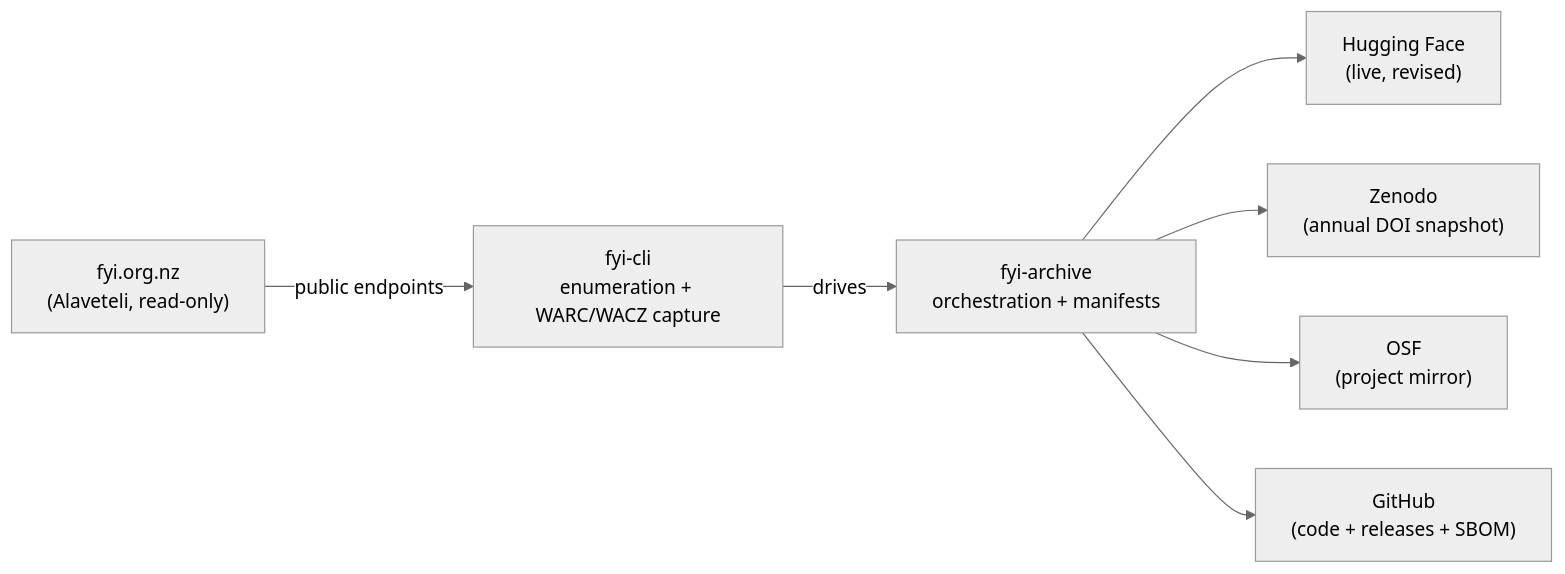
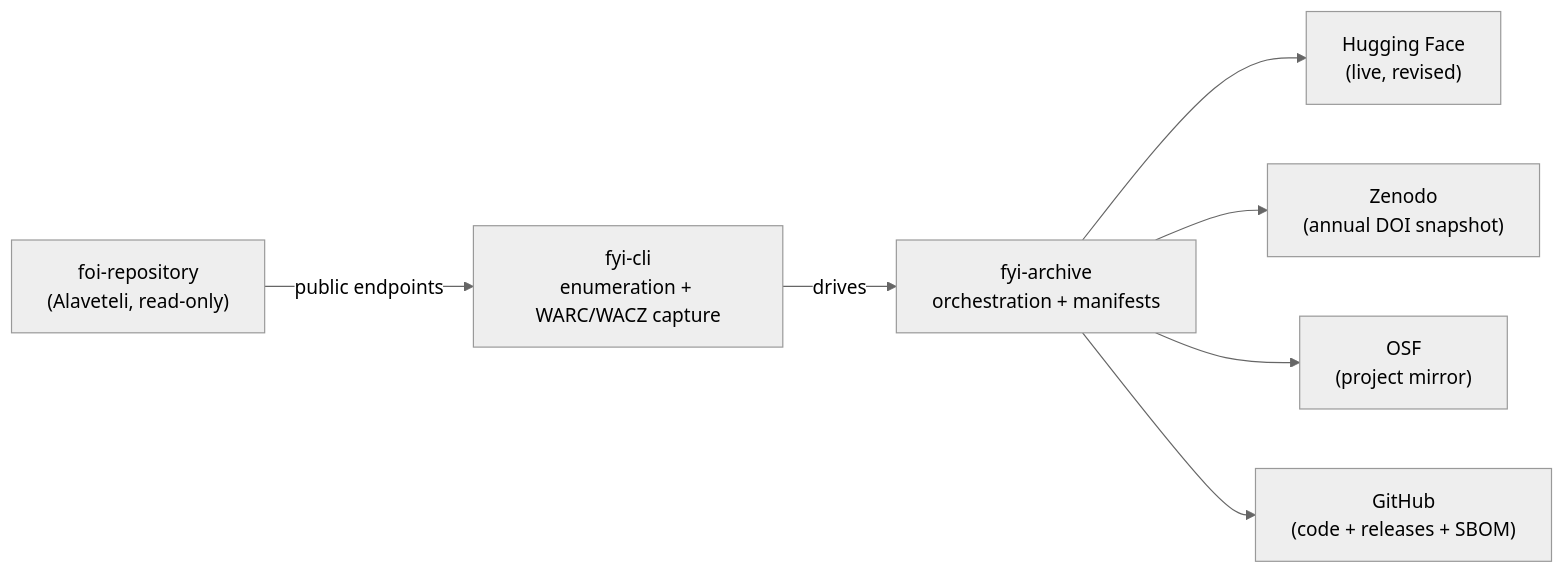
Before and after one commit to edithatogo/fyi-archive: the diagram in README.md, drawn with Mermaid (neutral theme). The commit also changed other lines of this file and 13 other files, not shown here.

````diff
--- a/README.md
+++ b/README.md
@@ -13,9 +13,9 @@
 ```mermaid
 flowchart LR
-  A["fyi.org.nz<br/>(Alaveteli, read-only)"] -->|public endpoints| B["fyi-cli<br/>enumeration + WARC/WACZ capture"]
+  A["foi-repository<br/>(Alaveteli, read-only)"] -->|public endpoints| B["fyi-cli<br/>enumeration + WARC/WACZ capture"]
   B -->|drives| C["fyi-archive<br/>orchestration + manifests"]
   C --> D["Hugging Face<br/>(live, revised)"]
   C --> E["Zenodo<br/>(annual DOI snapshot)"]
   C --> F["OSF<br/>(project mirror)"]
   C --> G["GitHub<br/>(code + releases + SBOM)"]
 ```
````
